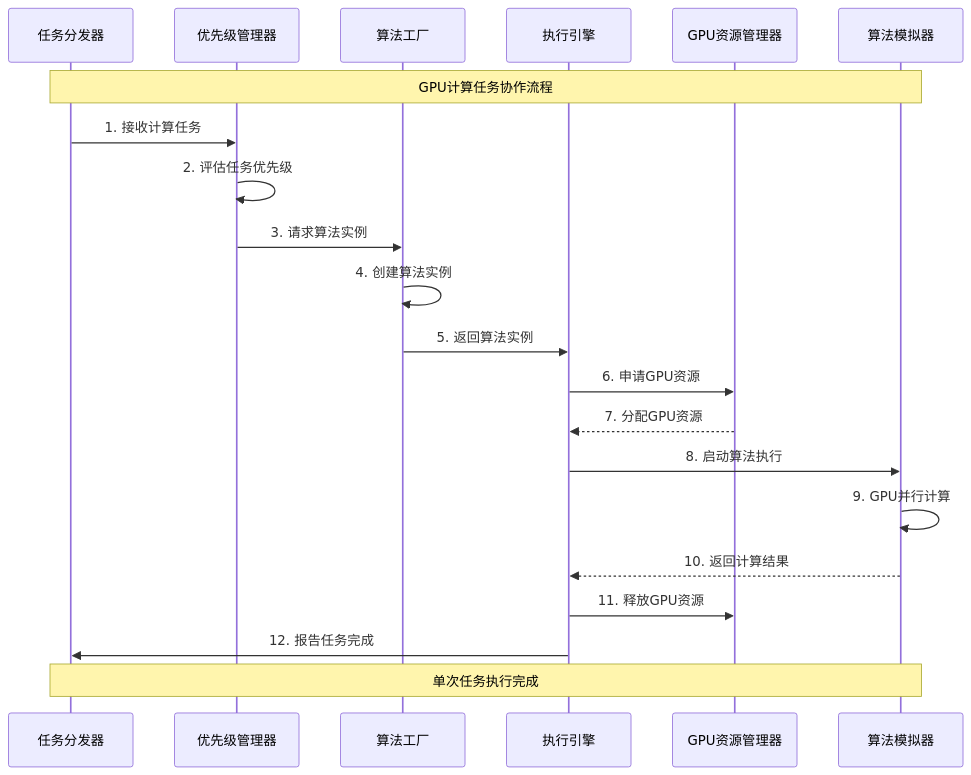
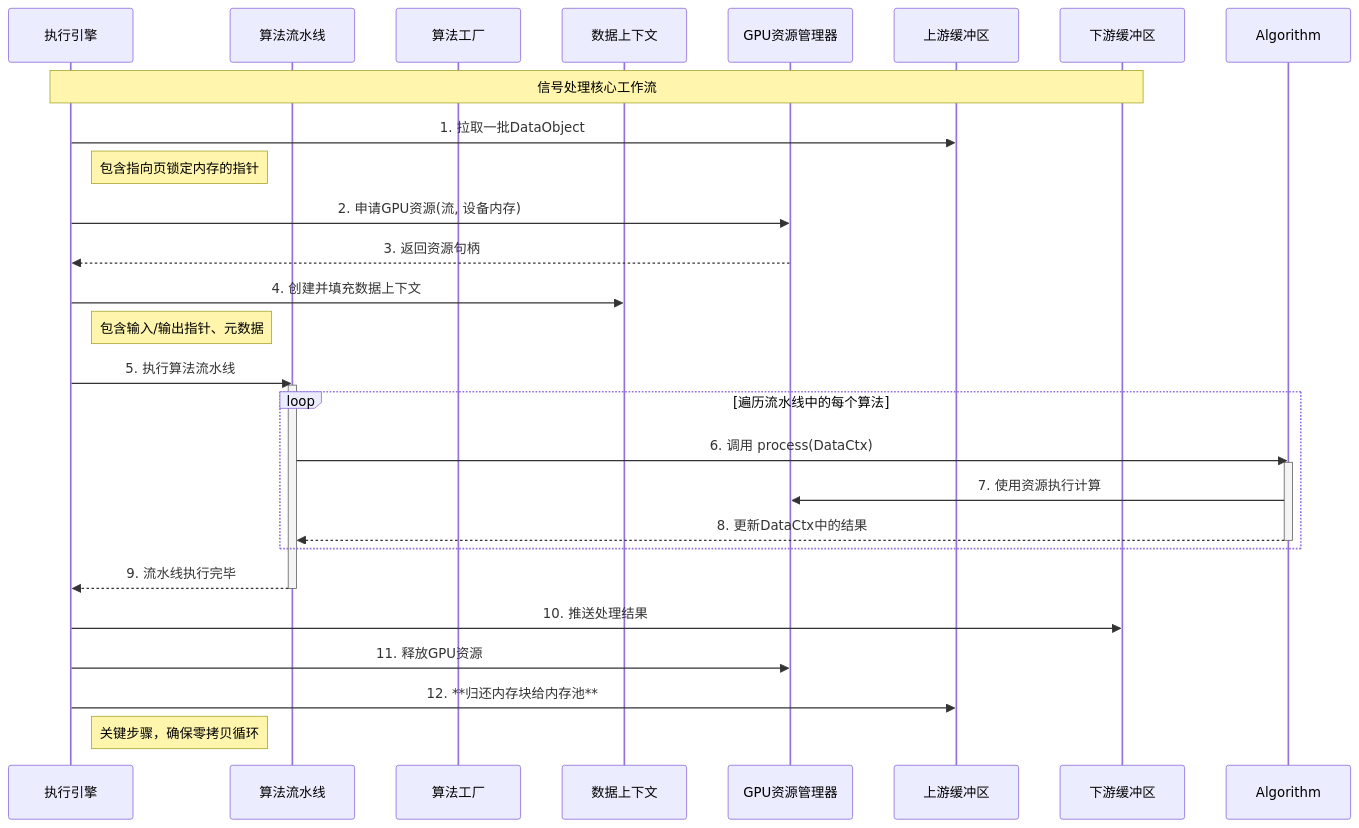
Before and after one commit to wendizhou99-cell/Radar: the third of 15 diagrams in docs/01_项目设计/02_模块设计/02_信号处理模块设计.md, drawn with Mermaid. The commit also changed other lines of this file and 7 other files, not shown here.

````diff
--- a/docs/01_项目设计/02_模块设计/02_信号处理模块设计.md
+++ b/docs/01_项目设计/02_模块设计/02_信号处理模块设计.md
@@ -219,30 +224,40 @@
 ```mermaid
 sequenceDiagram
-    participant Dispatcher as 任务分发器
-    participant Priority as 优先级管理器
+    participant Engine as 执行引擎
+    participant Pipeline as 算法流水线
     participant Factory as 算法工厂
-    participant Engine as 执行引擎
-    participant GPU as GPU资源管理器
-    participant Algorithm as 算法模拟器
+    participant DataCtx as 数据上下文
+    participant GpuMgr as GPU资源管理器
+    participant Upstream as 上游缓冲区
+    participant Downstream as 下游缓冲区
 
-    Note over Dispatcher,Algorithm: GPU计算任务协作流程
+    Note over Engine,Downstream: 信号处理核心工作流
 
-    Dispatcher->>Priority: 1. 接收计算任务
-    Priority->>Priority: 2. 评估任务优先级
-    Priority->>Factory: 3. 请求算法实例
+    Engine->>Upstream: 1. 拉取一批DataObject
+    Note right of Engine: 包含指向页锁定内存的指针
 
-    Factory->>Factory: 4. 创建算法实例
-    Factory->>Engine: 5. 返回算法实例
+    Engine->>GpuMgr: 2. 申请GPU资源(流, 设备内存)
+    GpuMgr-->>Engine: 3. 返回资源句柄
 
-    Engine->>GPU: 6. 申请GPU资源
-    GPU-->>Engine: 7. 分配GPU资源
+    Engine->>DataCtx: 4. 创建并填充数据上下文
+    Note right of Engine: 包含输入/输出指针、元数据
 
-    Engine->>Algorithm: 8. 启动算法执行
-    Algorithm->>Algorithm: 9. GPU并行计算
-    Algorithm-->>Engine: 10. 返回计算结果
+    Engine->>Pipeline: 5. 执行算法流水线
 
-    Engine->>GPU: 11. 释放GPU资源
-    Engine->>Dispatcher: 12. 报告任务完成
+    activate Pipeline
+    loop 遍历流水线中的每个算法
+        Pipeline->>Algorithm: 6. 调用 process(DataCtx)
+        activate Algorithm
+        Algorithm->>GpuMgr: 7. 使用资源执行计算
+        Algorithm-->>Pipeline: 8. 更新DataCtx中的结果
+        deactivate Algorithm
+    end
+    Pipeline-->>Engine: 9. 流水线执行完毕
+    deactivate Pipeline
 
-    Note over Dispatcher,Algorithm: 单次任务执行完成
+    Engine->>Downstream: 10. 推送处理结果
+    Engine->>GpuMgr: 11. 释放GPU资源
+    Engine->>Upstream: 12. **归还内存块给内存池**
+    Note right of Engine: 关键步骤，确保零拷贝循环
+
 ```
````
